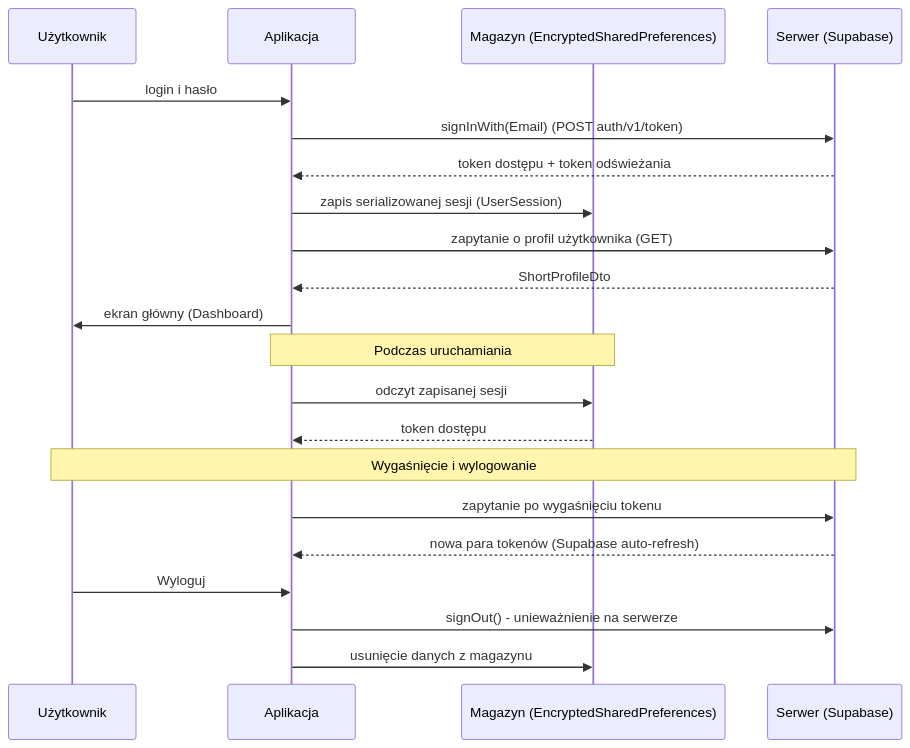
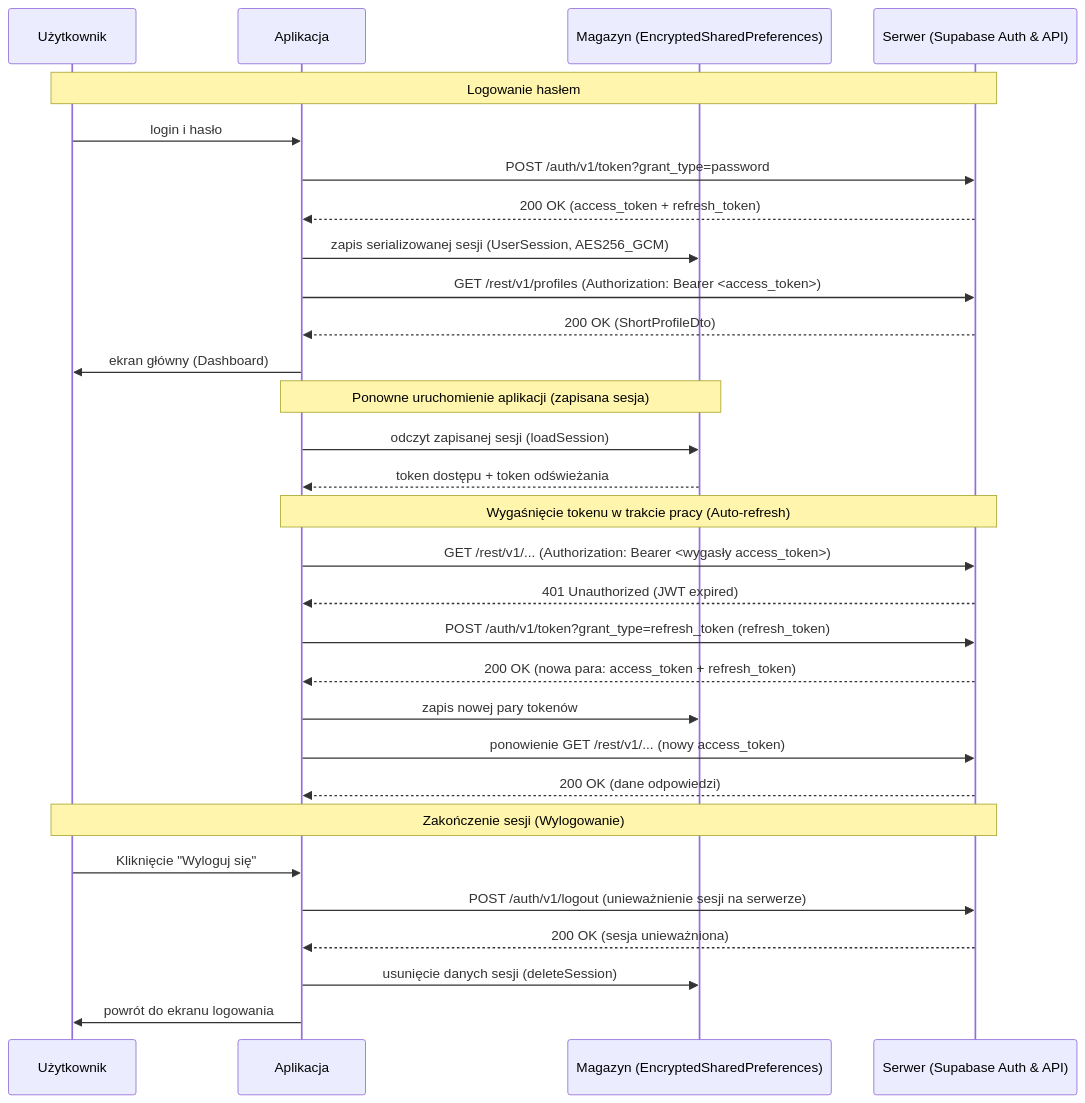
One commit to MichalKaminski23/MobilePatient changed the diagram in docs/sesje/raport-sesje.md. Above: the diagram before and after it, drawn with Mermaid. The commit also changed other lines of this file and 7 other files, not shown here.

Commit message:
feat: implement global sign-out functionality and session validation; enhance settings screen with logout option for all devices

````diff
--- a/docs/sesje/raport-sesje.md
+++ b/docs/sesje/raport-sesje.md
@@ -5,23 +5,36 @@
 ```mermaid
 sequenceDiagram
     participant Użytkownik
     participant Aplikacja
     participant Magazyn as Magazyn (EncryptedSharedPreferences)
-    participant Serwer as Serwer (Supabase)
+    participant Serwer as Serwer (Supabase Auth & API)
+
+    Note over Użytkownik, Serwer: Logowanie hasłem
     Użytkownik ->> Aplikacja: login i hasło
-    Aplikacja ->> Serwer: signInWith(Email) (POST auth/v1/token)
-    Serwer -->> Aplikacja: token dostępu + token odświeżania
-    Aplikacja ->> Magazyn: zapis serializowanej sesji (UserSession)
-    Aplikacja ->> Serwer: zapytanie o profil użytkownika (GET)
-    Serwer -->> Aplikacja: ShortProfileDto
+    Aplikacja ->> Serwer: POST /auth/v1/token?grant_type=password
+    Serwer -->> Aplikacja: 200 OK (access_token + refresh_token)
+    Aplikacja ->> Magazyn: zapis serializowanej sesji (UserSession, AES256_GCM)
+    Aplikacja ->> Serwer: GET /rest/v1/profiles (Authorization: Bearer <access_token>)
+    Serwer -->> Aplikacja: 200 OK (ShortProfileDto)
     Aplikacja ->> Użytkownik: ekran główny (Dashboard)
-    Note over Aplikacja, Magazyn: Podczas uruchamiania
-    Aplikacja ->> Magazyn: odczyt zapisanej sesji
-    Magazyn -->> Aplikacja: token dostępu
-    Note over Użytkownik, Serwer: Wygaśnięcie i wylogowanie
-    Aplikacja ->> Serwer: zapytanie po wygaśnięciu tokenu
-    Serwer -->> Aplikacja: nowa para tokenów (Supabase auto-refresh)
-    Użytkownik ->> Aplikacja: Wyloguj
-    Aplikacja ->> Serwer: signOut() - unieważnienie na serwerze
-    Aplikacja ->> Magazyn: usunięcie danych z magazynu
+
+    Note over Aplikacja, Magazyn: Ponowne uruchomienie aplikacji (zapisana sesja)
+    Aplikacja ->> Magazyn: odczyt zapisanej sesji (loadSession)
+    Magazyn -->> Aplikacja: token dostępu + token odświeżania
+
+    Note over Aplikacja, Serwer: Wygaśnięcie tokenu w trakcie pracy (Auto-refresh)
+    Aplikacja ->> Serwer: GET /rest/v1/... (Authorization: Bearer <wygasły access_token>)
+    Serwer -->> Aplikacja: 401 Unauthorized (JWT expired)
+    Aplikacja ->> Serwer: POST /auth/v1/token?grant_type=refresh_token (refresh_token)
+    Serwer -->> Aplikacja: 200 OK (nowa para: access_token + refresh_token)
+    Aplikacja ->> Magazyn: zapis nowej pary tokenów
+    Aplikacja ->> Serwer: ponowienie GET /rest/v1/... (nowy access_token)
+    Serwer -->> Aplikacja: 200 OK (dane odpowiedzi)
+
+    Note over Użytkownik, Serwer: Zakończenie sesji (Wylogowanie)
+    Użytkownik ->> Aplikacja: Kliknięcie "Wyloguj się"
+    Aplikacja ->> Serwer: POST /auth/v1/logout (unieważnienie sesji na serwerze)
+    Serwer -->> Aplikacja: 200 OK (sesja unieważniona)
+    Aplikacja ->> Magazyn: usunięcie danych sesji (deleteSession)
+    Aplikacja ->> Użytkownik: powrót do ekranu logowania
 ```
````
